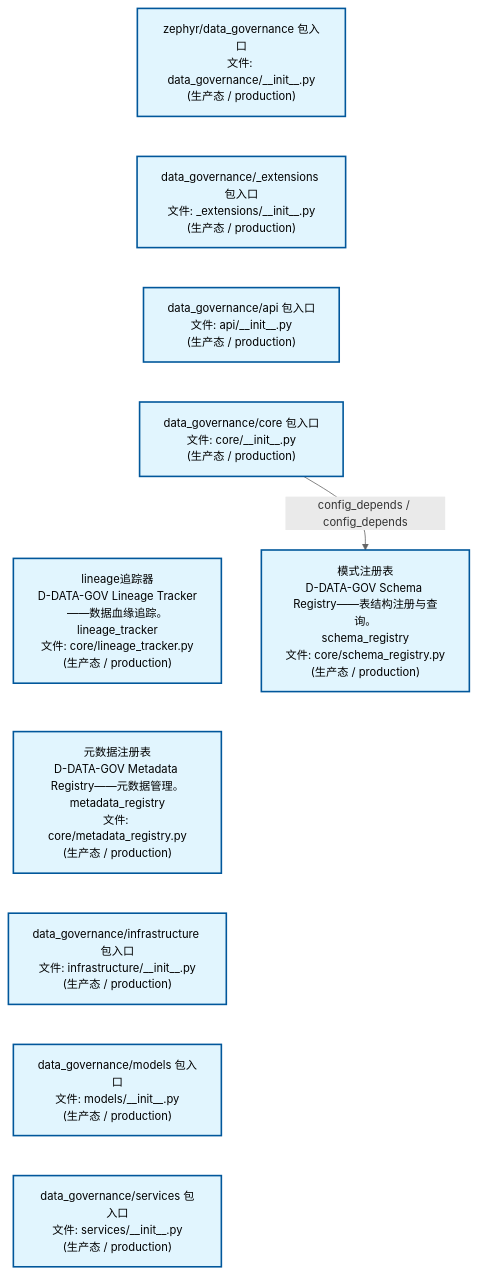
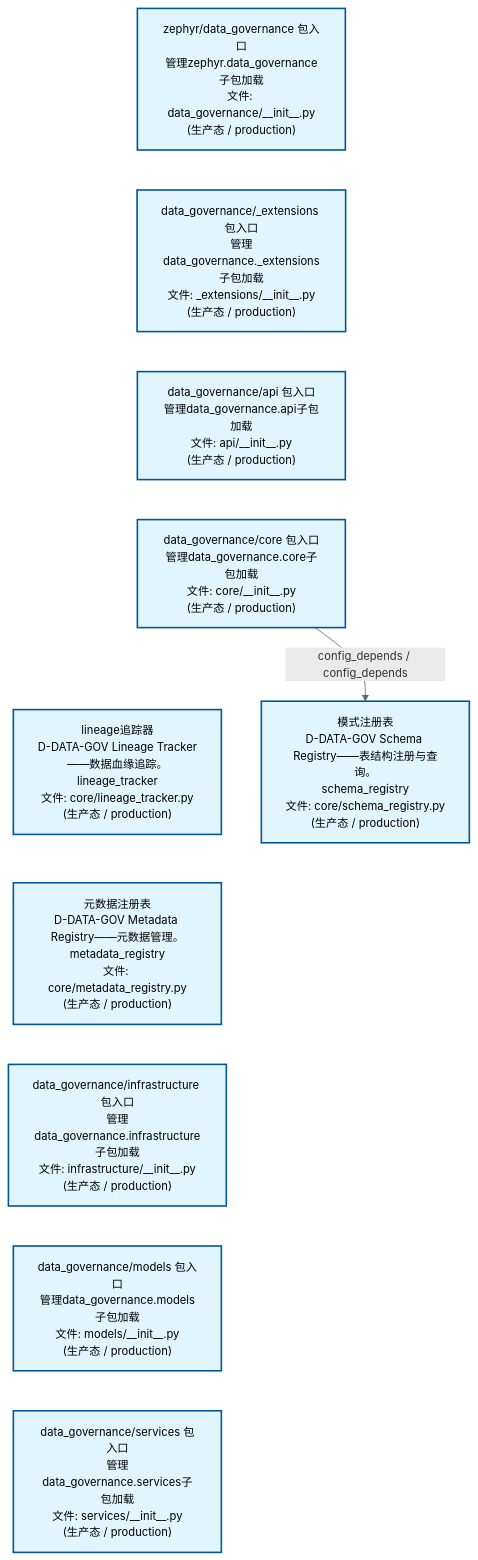
One commit to xuanFelixVan/ZephyrAlpha changed the first of 2 diagrams in docs/02_enterprise_architecture/02_domain_architecture_docs/13_d_data_gov.md. Above: the diagram before and after it, drawn with Mermaid. The commit also changed other lines of this file and 61 other files, not shown here.

````diff
--- a/docs/02_enterprise_architecture/02_domain_architecture_docs/13_d_data_gov.md
+++ b/docs/02_enterprise_architecture/02_domain_architecture_docs/13_d_data_gov.md
@@ -53,28 +53,28 @@
 ```mermaid
 %%{init: {'theme': 'base', 'themeVariables': {'primaryColor': '#eaeaea', 'primaryTextColor': '#333333', 'primaryBorderColor': '#666666', 'lineColor': '#666666', 'secondaryColor': '#eaeaea', 'tertiaryColor': '#eaeaea', 'fontSize': '14px'}}}%%
 flowchart TD
-    src_zephyr_data_governance_init_py["zephyr/data_governance 包入口<br/>文件: data_governance/__init__.py<br/>(生产态 / production)"]
-    src_zephyr_data_governance_extensions_init_py["data_governance/_extensions 包入口<br/>文件: _extensions/__init__.py<br/>(生产态 / production)"]
-    src_zephyr_data_governance_api_init_py["data_governance/api 包入口<br/>文件: api/__init__.py<br/>(生产态 / production)"]
-    src_zephyr_data_governance_core_init_py["data_governance/core 包入口<br/>文件: core/__init__.py<br/>(生产态 / production)"]
+    src_zephyr_data_governance_init_py["zephyr/data_governance 包入口<br/>管理zephyr.data_governance子包加载<br/>文件: data_governance/__init__.py<br/>(生产态 / production)"]
+    src_zephyr_data_governance_extensions_init_py["data_governance/_extensions 包入口<br/>管理data_governance._extensions子包加载<br/>文件: _extensions/__init__.py<br/>(生产态 / production)"]
+    src_zephyr_data_governance_api_init_py["data_governance/api 包入口<br/>管理data_governance.api子包加载<br/>文件: api/__init__.py<br/>(生产态 / production)"]
+    src_zephyr_data_governance_core_init_py["data_governance/core 包入口<br/>管理data_governance.core子包加载<br/>文件: core/__init__.py<br/>(生产态 / production)"]
     src_zephyr_data_governance_core_lineage_tracker_py["lineage追踪器<br/>D-DATA-GOV Lineage Tracker——数据血缘追踪。<br/>lineage_tracker<br/>文件: core/lineage_tracker.py<br/>(生产态 / production)"]
     src_zephyr_data_governance_core_metadata_registry_py["元数据注册表<br/>D-DATA-GOV Metadata Registry——元数据管理。<br/>metadata_registry<br/>文件: core/metadata_registry.py<br/>(生产态 / production)"]
-    src_zephyr_data_governance_infrastructure_init_py["data_governance/infrastructure 包入口<br/>文件: infrastructure/__init__.py<br/>(生产态 / production)"]
-    src_zephyr_data_governance_models_init_py["data_governance/models 包入口<br/>文件: models/__init__.py<br/>(生产态 / production)"]
-    src_zephyr_data_governance_services_init_py["data_governance/services 包入口<br/>文件: services/__init__.py<br/>(生产态 / production)"]
+    src_zephyr_data_governance_infrastructure_init_py["data_governance/infrastructure 包入口<br/>管理data_governance.infrastructure子包加载<br/>文件: infrastructure/__init__.py<br/>(生产态 / production)"]
+    src_zephyr_data_governance_models_init_py["data_governance/models 包入口<br/>管理data_governance.models子包加载<br/>文件: models/__init__.py<br/>(生产态 / production)"]
+    src_zephyr_data_governance_services_init_py["data_governance/services 包入口<br/>管理data_governance.services子包加载<br/>文件: services/__init__.py<br/>(生产态 / production)"]
     src_zephyr_data_governance_init_py ~~~ src_zephyr_data_governance_extensions_init_py
     src_zephyr_data_governance_extensions_init_py ~~~ src_zephyr_data_governance_api_init_py
     src_zephyr_data_governance_api_init_py ~~~ src_zephyr_data_governance_core_init_py
     src_zephyr_data_governance_core_init_py ~~~ src_zephyr_data_governance_core_lineage_tracker_py
     src_zephyr_data_governance_core_lineage_tracker_py ~~~ src_zephyr_data_governance_core_metadata_registry_py
     src_zephyr_data_governance_core_metadata_registry_py ~~~ src_zephyr_data_governance_infrastructure_init_py
     src_zephyr_data_governance_infrastructure_init_py ~~~ src_zephyr_data_governance_models_init_py
     src_zephyr_data_governance_models_init_py ~~~ src_zephyr_data_governance_services_init_py
     src_zephyr_data_governance_core_schema_registry_py["模式注册表<br/>D-DATA-GOV Schema Registry——表结构注册与查询。<br/>schema_registry<br/>文件: core/schema_registry.py<br/>(生产态 / production)"]
     src_zephyr_data_governance_core_init_py -->|config_depends / config_depends| src_zephyr_data_governance_core_schema_registry_py
     classDef production fill:#e1f5fe,stroke:#01579b,stroke-width:2px,color:#000
     classDef design fill:#fff3e0,stroke:#e65100,stroke-width:2px,color:#000,stroke-dasharray: 5 5
     classDef external_prod fill:#e8f4fd,stroke:#0277bd,stroke-width:1px,color:#000
     classDef external_design fill:#fff8e7,stroke:#ef6c00,stroke-width:1px,color:#000,stroke-dasharray: 5 5
     class src_zephyr_data_governance_init_py,src_zephyr_data_governance_extensions_init_py,src_zephyr_data_governance_api_init_py,src_zephyr_data_governance_core_init_py,src_zephyr_data_governance_core_lineage_tracker_py,src_zephyr_data_governance_core_metadata_registry_py,src_zephyr_data_governance_core_schema_registry_py,src_zephyr_data_governance_infrastructure_init_py,src_zephyr_data_governance_models_init_py,src_zephyr_data_governance_services_init_py production
 ```
````
